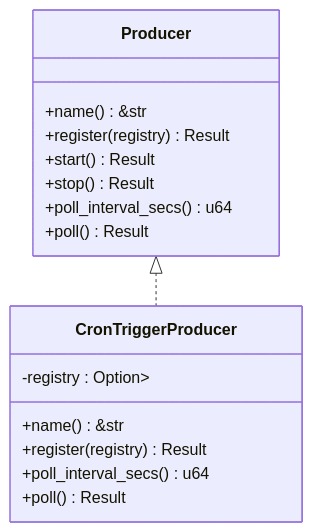
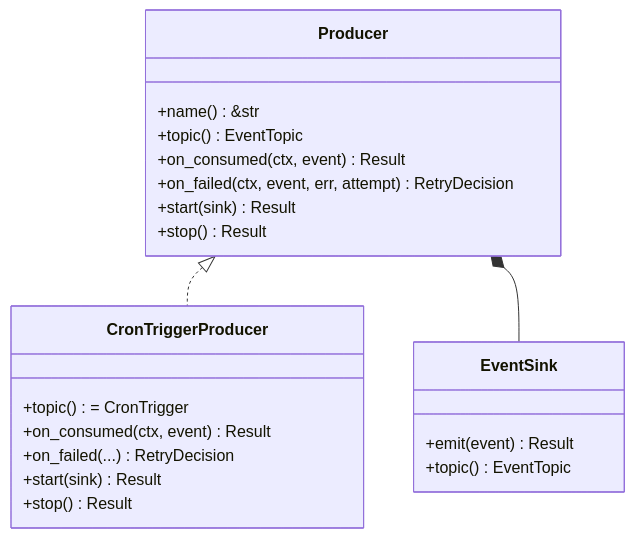
One commit to runningcoders/ai_orz changed the third of 7 diagrams in docs/wiki/zh/content/基础设施/AOP 事件系统/AOP 核心架构/生产者消费者模式.md. Above: the diagram before and after it, drawn with Mermaid. The commit also changed other lines of this file and 37 other files, not shown here.

````diff
--- a/docs/wiki/zh/content/基础设施/AOP 事件系统/AOP 核心架构/生产者消费者模式.md
+++ b/docs/wiki/zh/content/基础设施/AOP 事件系统/AOP 核心架构/生产者消费者模式.md
@@ -128,19 +156,24 @@
 ```mermaid
 classDiagram
 class Producer {
 +name() &str
-+register(registry) Result
-+start() Result
++topic() EventTopic
++on_consumed(ctx, event) Result
++on_failed(ctx, event, err, attempt) RetryDecision
++start(sink) Result
 +stop() Result
-+poll_interval_secs() u64
-+poll() Result
+}
+class EventSink {
++emit(event) Result
++topic() EventTopic
 }
 class CronTriggerProducer {
--registry : Option<Arc<Registry>>
-+name() &str
-+register(registry) Result
-+poll_interval_secs() u64
-+poll() Result
++topic() = CronTrigger
++on_consumed(ctx, event) Result
++on_failed(...) RetryDecision
++start(sink) Result
++stop() Result
 }
 Producer <|.. CronTriggerProducer
+Producer *-- EventSink
 ```
````
